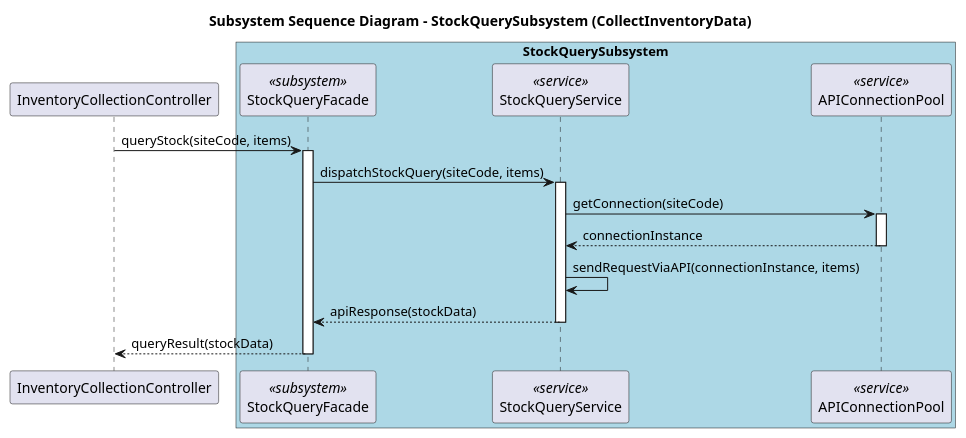
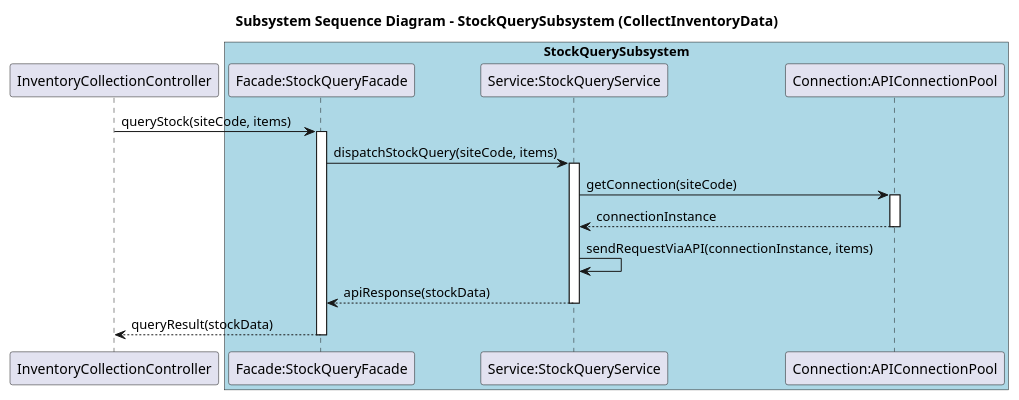
Before and after one commit to nqd2/2025.2-166155-15: the tenth of 11 diagrams in docs/details/UC003_CollectInventoryData/UC003_CollectInventoryData_all.puml, drawn with PlantUML. The commit also changed other lines of this file and 176 other files, not shown here.

```diff
--- a/docs/details/UC003_CollectInventoryData/UC003_CollectInventoryData_all.puml
+++ b/docs/details/UC003_CollectInventoryData/UC003_CollectInventoryData_all.puml
@@ -346,28 +346,28 @@
 @startuml sequence_subsystem_collect_inventory_data
 title Subsystem Sequence Diagram - StockQuerySubsystem (CollectInventoryData)
 
 participant "InventoryCollectionController" as Client
 box "StockQuerySubsystem" #LightBlue
-  participant "StockQueryFacade" as Facade <<subsystem>>
-  participant "StockQueryService" as Service <<service>>
-  participant "APIConnectionPool" as Connection <<service>>
+  participant "Facade:StockQueryFacade" as Facade
+  participant "Service:StockQueryService" as Service
+  participant "Connection:APIConnectionPool" as Connection
 end box
 
 Client -> Facade : queryStock(siteCode, items)
 activate Facade
 
 Facade -> Service : dispatchStockQuery(siteCode, items)
 activate Service
 
 Service -> Connection : getConnection(siteCode)
 activate Connection
 Connection --> Service : connectionInstance
 deactivate Connection
 
 Service -> Service : sendRequestViaAPI(connectionInstance, items)
 Service --> Facade : apiResponse(stockData)
 deactivate Service
 
 Facade --> Client : queryResult(stockData)
 deactivate Facade
 @enduml
```
